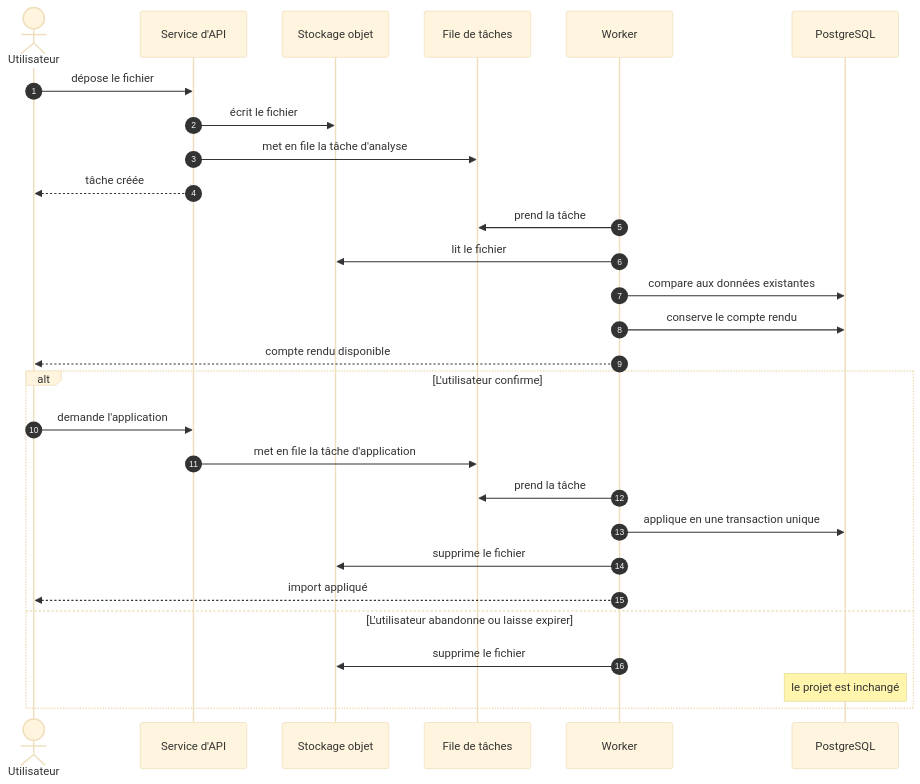
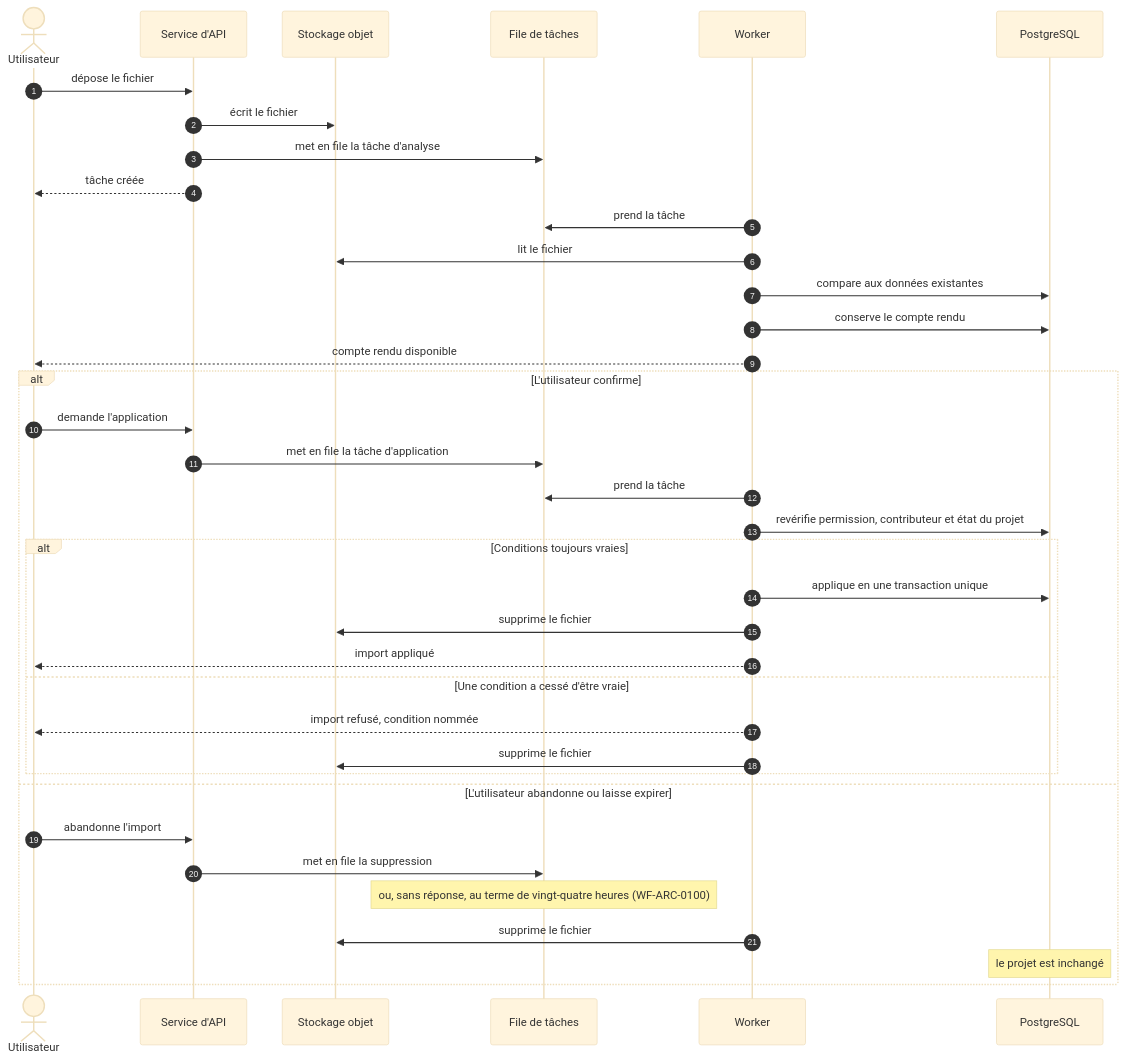
Before and after one commit to waterfall-project/wf-project: the diagram in docs/spec/figures/import-deux-temps.mmd, drawn with Mermaid (base theme). The commit also changed 6 other files, not shown here.

```diff
--- a/docs/spec/figures/import-deux-temps.mmd
+++ b/docs/spec/figures/import-deux-temps.mmd
@@ -1,29 +1,38 @@
 sequenceDiagram
     autonumber
     actor U as Utilisateur
     participant A as Service d'API
     participant S as Stockage objet
     participant F as File de tâches
     participant W as Worker
     participant B as PostgreSQL
 
     U->>A: dépose le fichier
     A->>S: écrit le fichier
     A->>F: met en file la tâche d'analyse
     A-->>U: tâche créée
     W->>F: prend la tâche
     W->>S: lit le fichier
     W->>B: compare aux données existantes
     W->>B: conserve le compte rendu
     W-->>U: compte rendu disponible
     alt L'utilisateur confirme
         U->>A: demande l'application
         A->>F: met en file la tâche d'application
         W->>F: prend la tâche
-        W->>B: applique en une transaction unique
-        W->>S: supprime le fichier
-        W-->>U: import appliqué
+        W->>B: revérifie permission, contributeur et état du projet
+        alt Conditions toujours vraies
+            W->>B: applique en une transaction unique
+            W->>S: supprime le fichier
+            W-->>U: import appliqué
+        else Une condition a cessé d'être vraie
+            W-->>U: import refusé, condition nommée
+            W->>S: supprime le fichier
+        end
     else L'utilisateur abandonne ou laisse expirer
+        U->>A: abandonne l'import
+        A->>F: met en file la suppression
+        Note over F: ou, sans réponse, au terme de vingt-quatre heures (WF-ARC-0100)
         W->>S: supprime le fichier
         Note over B: le projet est inchangé
     end
```
